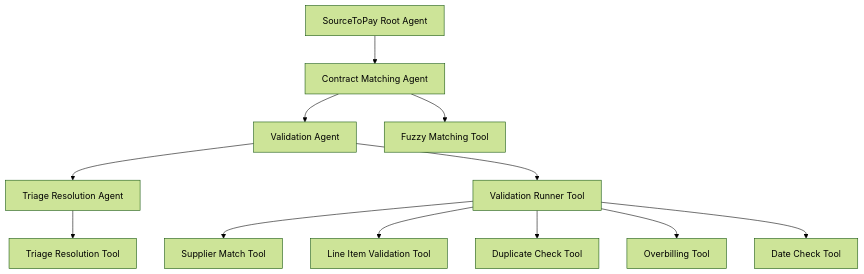
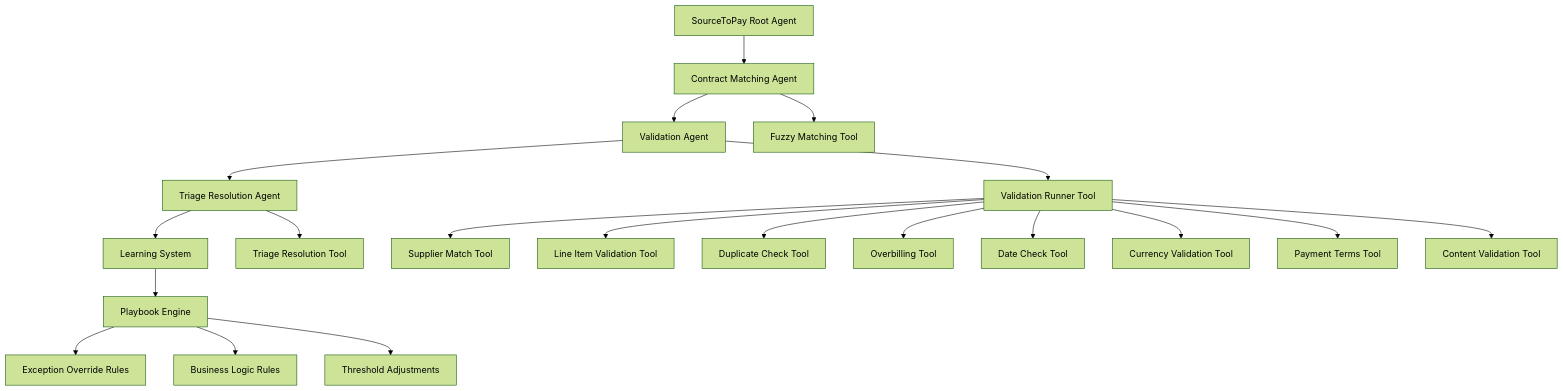
The first of 2 diagrams in README.MD (MichaelVered/ResolveLight), drawn with Mermaid (forest theme) before and after one commit. The commit also changed other lines of this file and 1 other file, not shown here.

First line of the commit message:
Update README files with playbook-based learning system

````diff
--- a/README.MD
+++ b/README.MD
@@ -28,16 +36,25 @@
 ```mermaid
 graph TD
     A[SourceToPay Root Agent] --> B[Contract Matching Agent]
     B --> C[Validation Agent]
     C --> D[Triage Resolution Agent]
+    D --> E[Learning System]
     
-    B --> E[Fuzzy Matching Tool]
-    C --> F[Validation Runner Tool]
-    D --> G[Triage Resolution Tool]
+    B --> F[Fuzzy Matching Tool]
+    C --> G[Validation Runner Tool]
+    D --> H[Triage Resolution Tool]
+    E --> I[Playbook Engine]
     
-    F --> H[Supplier Match Tool]
-    F --> I[Line Item Validation Tool]
-    F --> J[Duplicate Check Tool]
-    F --> K[Overbilling Tool]
-    F --> L[Date Check Tool]
+    G --> J[Supplier Match Tool]
+    G --> K[Line Item Validation Tool]
+    G --> L[Duplicate Check Tool]
+    G --> M[Overbilling Tool]
+    G --> N[Date Check Tool]
+    G --> O[Currency Validation Tool]
+    G --> P[Payment Terms Tool]
+    G --> Q[Content Validation Tool]
+    
+    I --> R[Exception Override Rules]
+    I --> S[Business Logic Rules]
+    I --> T[Threshold Adjustments]
 ```
````
